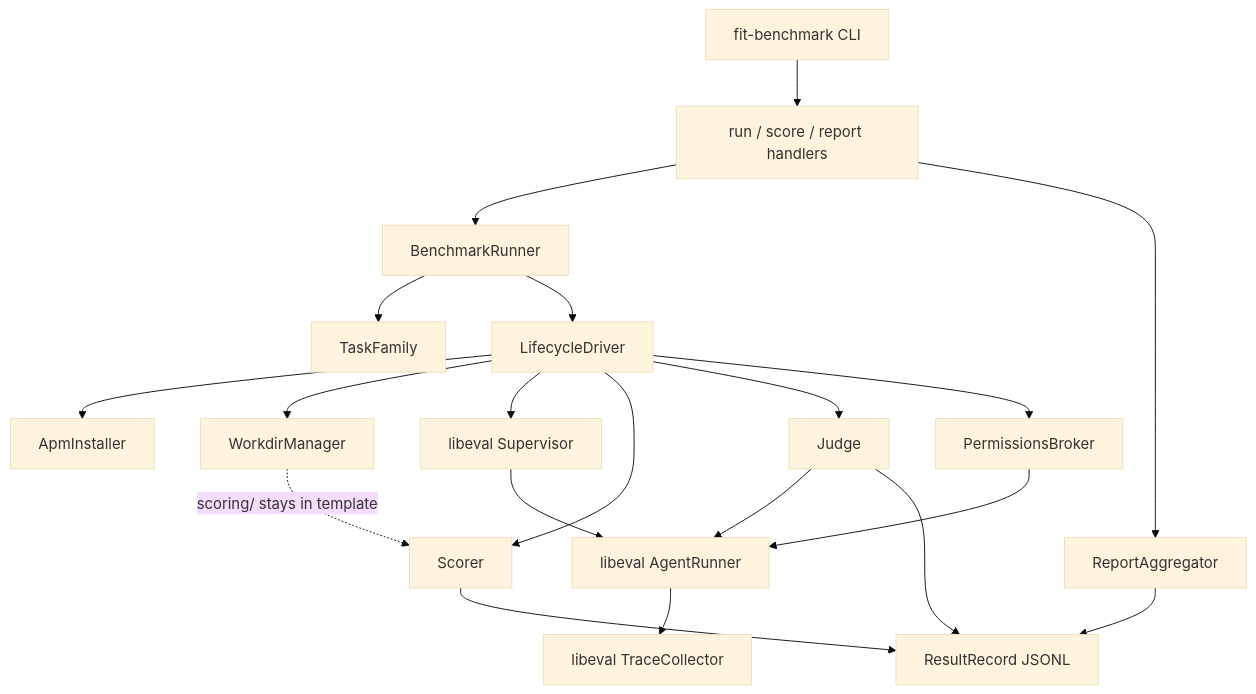
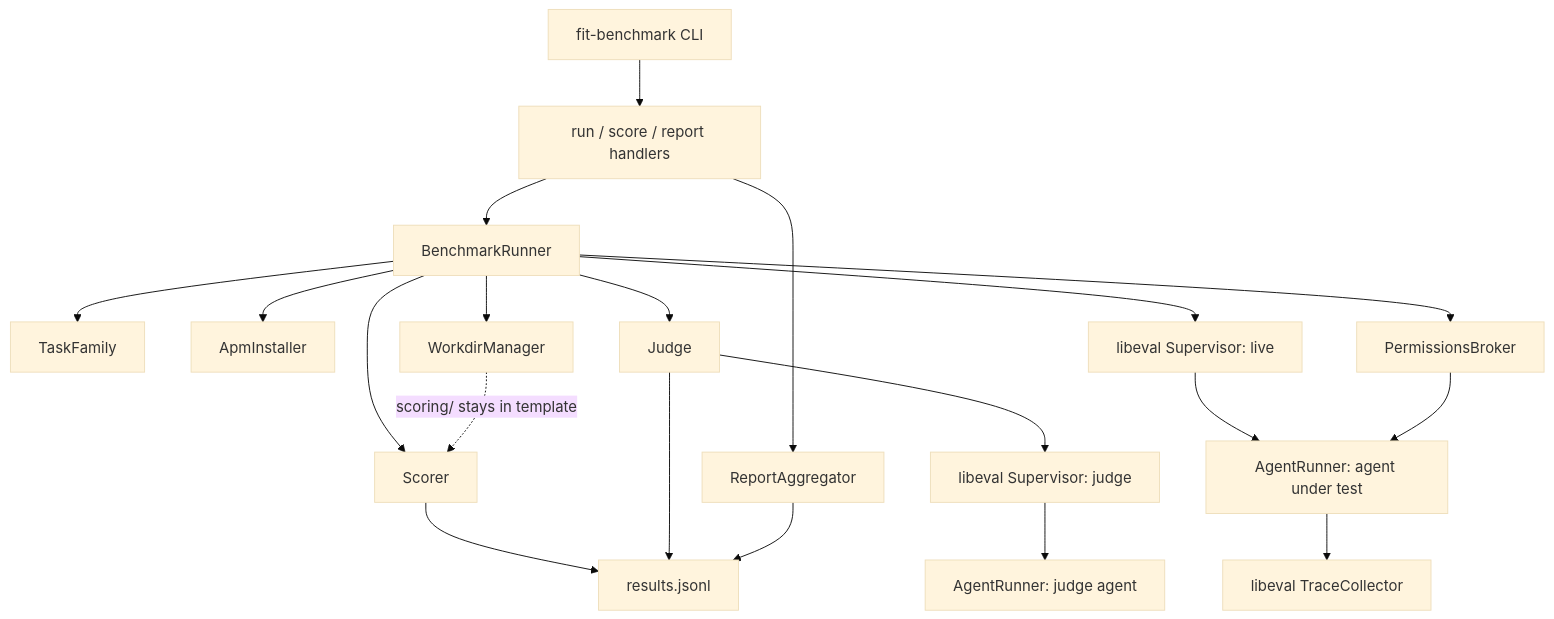
One commit to forwardimpact/monorepo changed the first of 2 diagrams in specs/870-fit-benchmark-coding-tasks/design-a.md. Above: the diagram before and after it, drawn with Mermaid (base theme). The commit also changed other lines of this file and 1 other file, not shown here.

````diff
--- a/specs/870-fit-benchmark-coding-tasks/design-a.md
+++ b/specs/870-fit-benchmark-coding-tasks/design-a.md
@@ -24,22 +22,22 @@
 ```mermaid
 graph TD
   CLI[fit-benchmark CLI] --> CMD[run / score / report handlers]
   CMD --> BR[BenchmarkRunner]
   BR --> TF[TaskFamily]
-  BR --> LD[LifecycleDriver]
-  LD --> AI[ApmInstaller]
-  LD --> WM[WorkdirManager]
-  LD --> SV[libeval Supervisor]
-  LD --> SC[Scorer]
-  LD --> JD[Judge]
-  SV --> AR[libeval AgentRunner]
-  JD --> AR
-  AR --> TC[libeval TraceCollector]
+  BR --> AI[ApmInstaller]
+  BR --> WM[WorkdirManager]
+  BR --> SV1[libeval Supervisor: live]
+  BR --> SC[Scorer]
+  BR --> JD[Judge]
+  BR --> PB[PermissionsBroker]
+  SV1 --> AR1[AgentRunner: agent under test]
+  JD --> SV2[libeval Supervisor: judge]
+  SV2 --> AR2[AgentRunner: judge agent]
+  AR1 --> TC[libeval TraceCollector]
   WM -. "scoring/ stays in template" .-> SC
-  SC --> RR[ResultRecord JSONL]
+  PB --> AR1
+  SC --> RR[results.jsonl]
   JD --> RR
   CMD --> RA[ReportAggregator]
   RA --> RR
-  LD --> PB[PermissionsBroker]
-  PB --> AR
 ```
````
